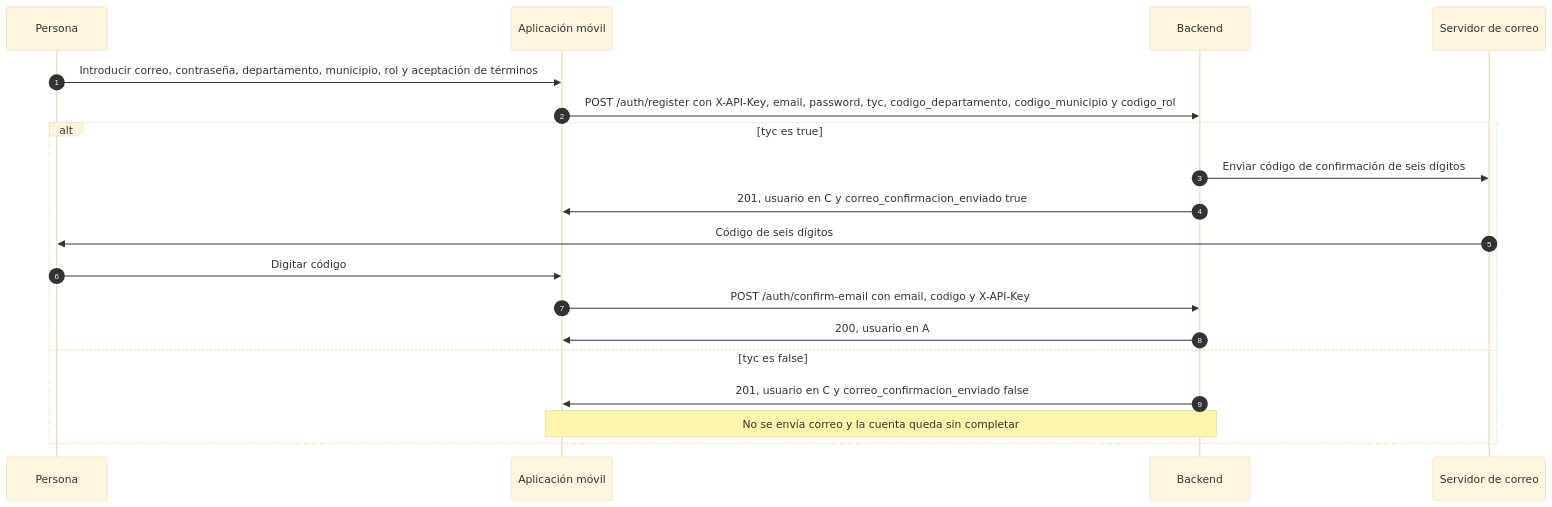
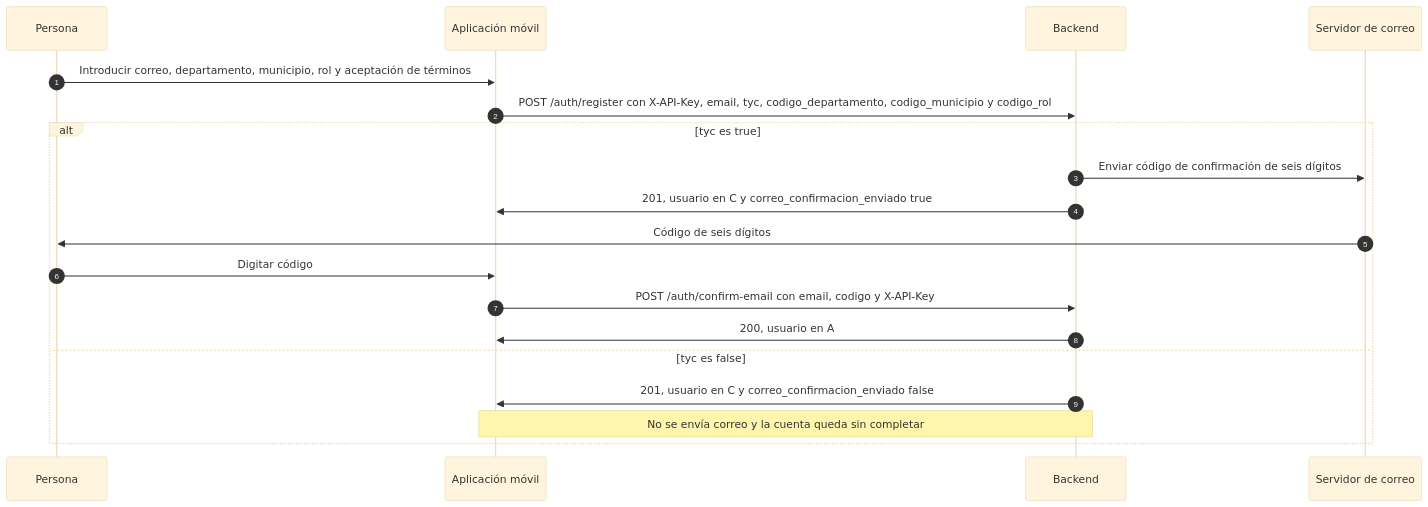
Before and after one commit to CesarLopezPeriferiaIT/Back_FVL_Login: the second of 4 diagrams in docs/flujo-aplicacion-movil.md, drawn with Mermaid (base theme). The commit also changed other lines of this file and 17 other files, not shown here.

````diff
--- a/docs/flujo-aplicacion-movil.md
+++ b/docs/flujo-aplicacion-movil.md
@@ -40,21 +40,21 @@
 ```mermaid
 sequenceDiagram
     autonumber
     participant Persona as Persona
     participant App as Aplicación móvil
     participant Backend as Backend
     participant Correo as Servidor de correo
-    Persona->>App: Introducir correo, contraseña, departamento, municipio, rol y aceptación de términos
-    App->>Backend: POST /auth/register con X-API-Key, email, password, tyc, codigo_departamento, codigo_municipio y codigo_rol
+    Persona->>App: Introducir correo, departamento, municipio, rol y aceptación de términos
+    App->>Backend: POST /auth/register con X-API-Key, email, tyc, codigo_departamento, codigo_municipio y codigo_rol
     alt tyc es true
         Backend->>Correo: Enviar código de confirmación de seis dígitos
         Backend->>App: 201, usuario en C y correo_confirmacion_enviado true
         Correo->>Persona: Código de seis dígitos
         Persona->>App: Digitar código
         App->>Backend: POST /auth/confirm-email con email, codigo y X-API-Key
         Backend->>App: 200, usuario en A
     else tyc es false
         Backend->>App: 201, usuario en C y correo_confirmacion_enviado false
         Note over App,Backend: No se envía correo y la cuenta queda sin completar
     end
 ```
````
